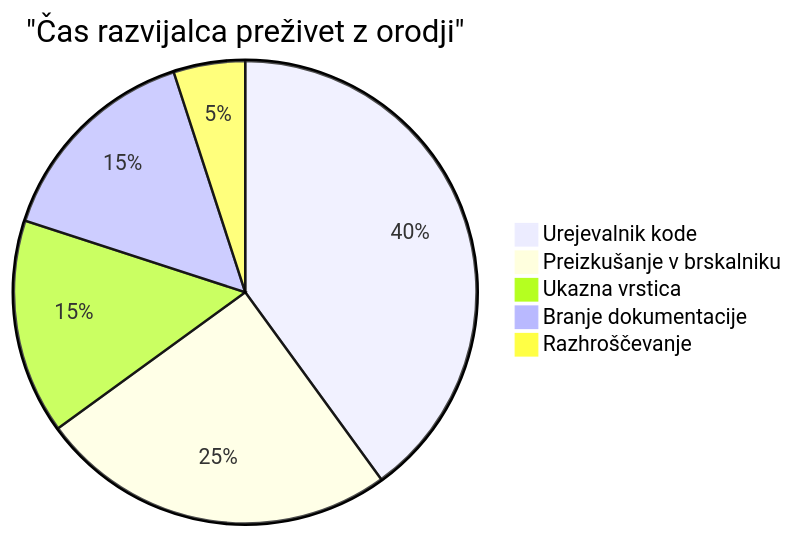
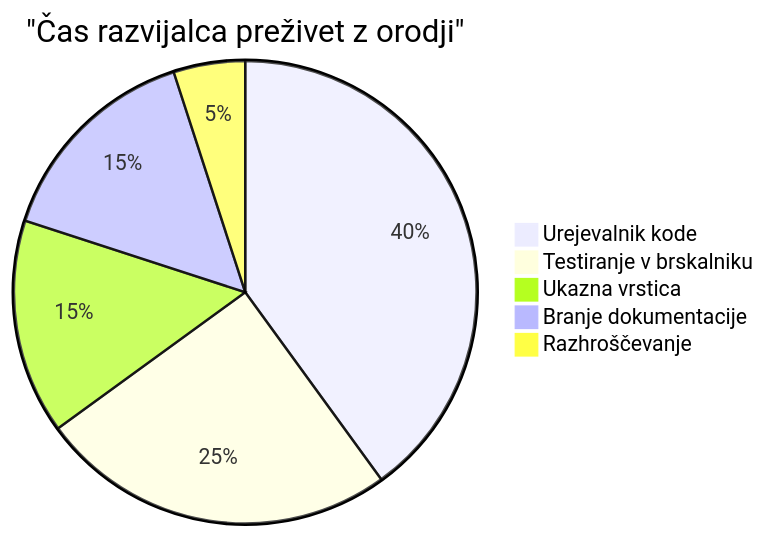
The sixth of 7 diagrams in translations/sl/1-getting-started-lessons/1-intro-to-programming-languages/README.md (microsoft/Web-Dev-For-Beginners), drawn with Mermaid before and after one commit. The commit also changed other lines of this file and 11 other files, not shown here.

````diff
--- a/translations/sl/1-getting-started-lessons/1-intro-to-programming-languages/README.md
+++ b/translations/sl/1-getting-started-lessons/1-intro-to-programming-languages/README.md
@@ -713,8 +713,8 @@
 ```mermaid
 pie title "Čas razvijalca preživet z orodji"
     "Urejevalnik kode" : 40
-    "Preizkušanje v brskalniku" : 25
+    "Testiranje v brskalniku" : 25
     "Ukazna vrstica" : 15
     "Branje dokumentacije" : 15
     "Razhroščevanje" : 5
 ```
````
